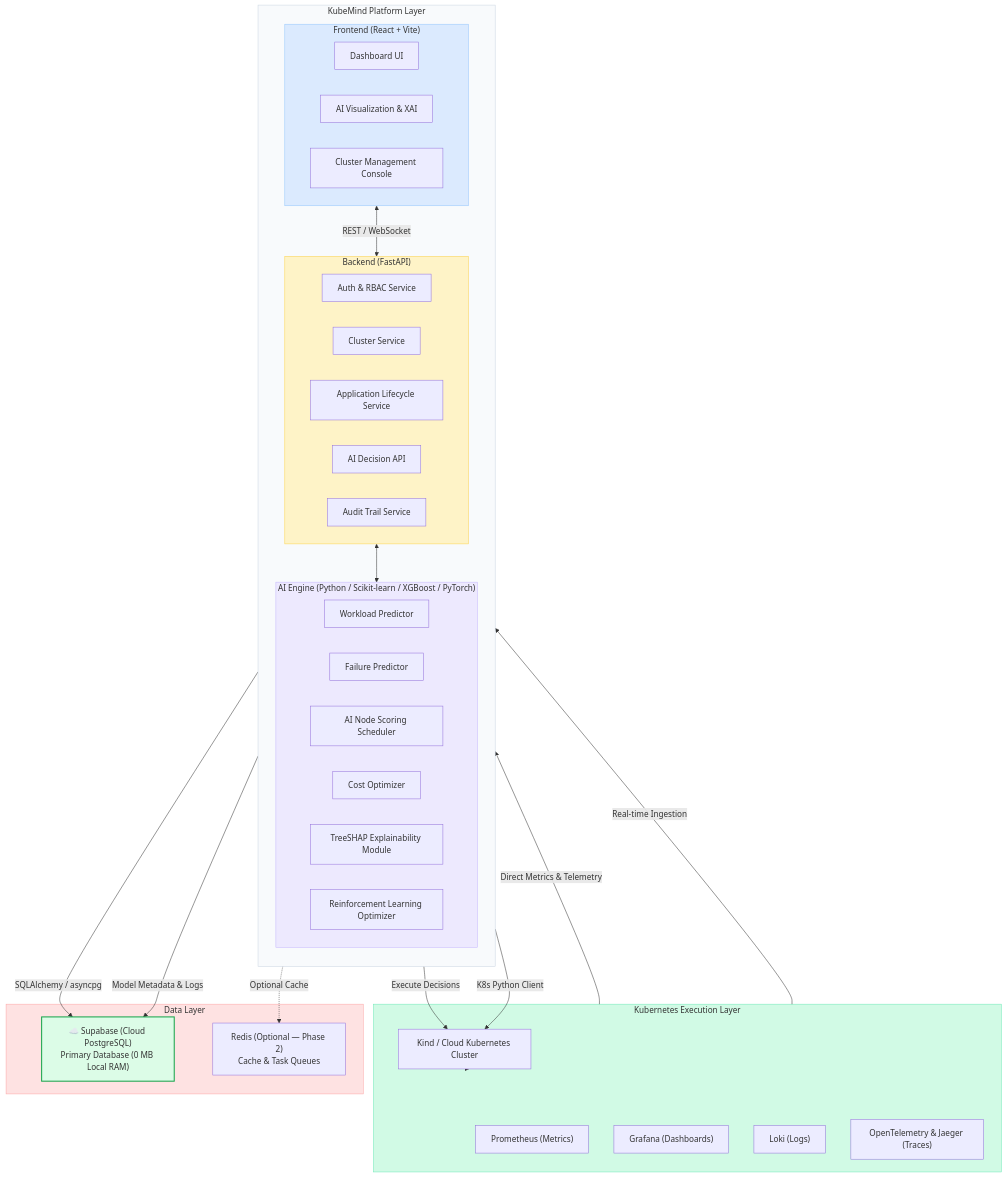
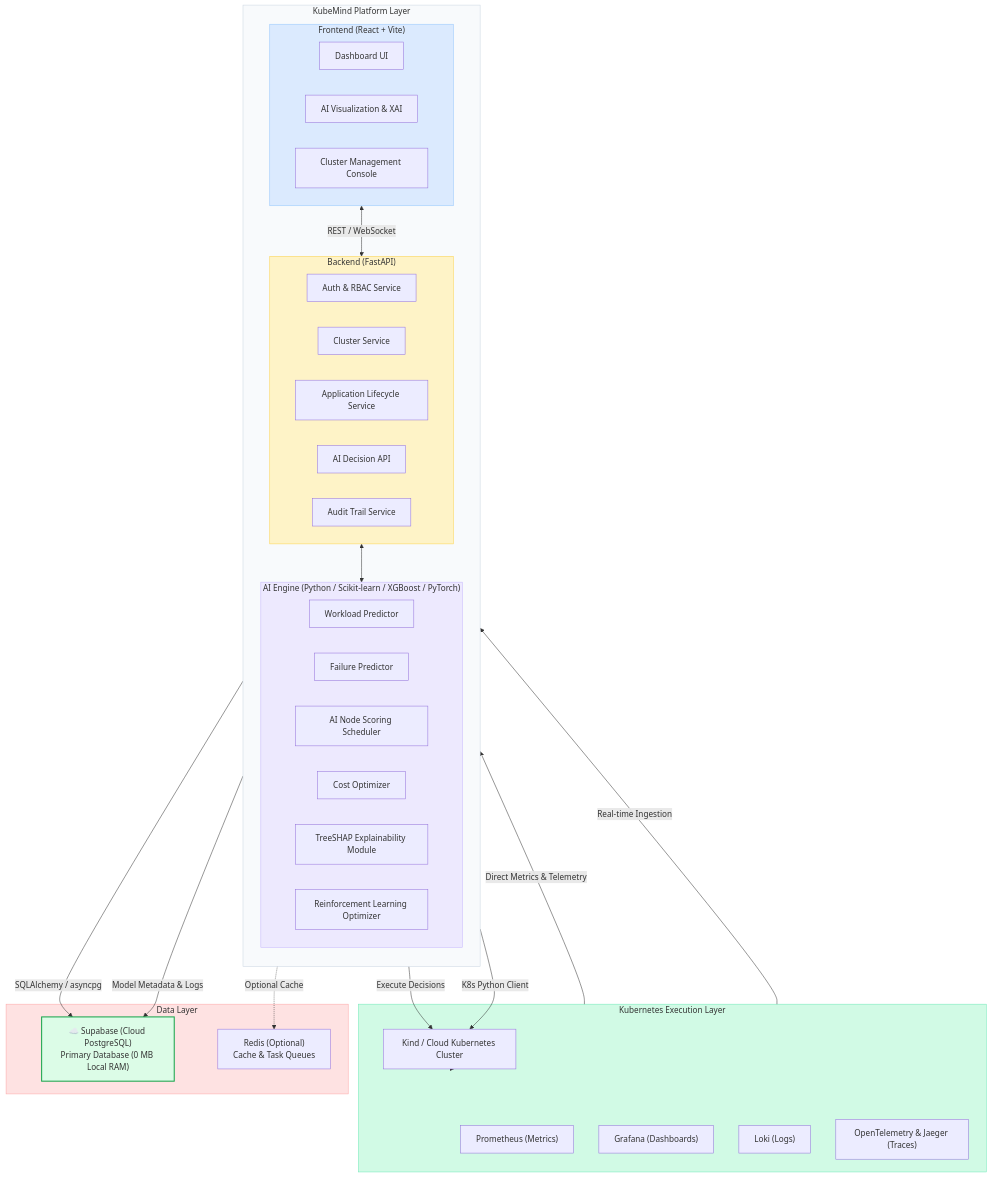
Before and after one commit to GemTAS/KubeMind: the third of 3 diagrams in docs/architecture/architecture-overview.md, drawn with Mermaid. The commit also changed other lines of this file, not shown here.

````diff
--- a/docs/architecture/architecture-overview.md
+++ b/docs/architecture/architecture-overview.md
@@ -151,60 +151,60 @@
 ```mermaid
 graph TB
     subgraph Platform["KubeMind Platform Layer"]
         direction TB
         subgraph FE["Frontend (React + Vite)"]
             UI["Dashboard UI"]
             VIZ["AI Visualization & XAI"]
             MGMT["Cluster Management Console"]
         end
 
         subgraph BE["Backend (FastAPI)"]
             AUTH["Auth & RBAC Service"]
             CLUSTER["Cluster Service"]
             APP["Application Lifecycle Service"]
             AI_API["AI Decision API"]
             AUDIT_SVC["Audit Trail Service"]
         end
 
         subgraph AI["AI Engine (Python / Scikit-learn / XGBoost / PyTorch)"]
             WP["Workload Predictor"]
             FP["Failure Predictor"]
             SCHED["AI Node Scoring Scheduler"]
             COST["Cost Optimizer"]
             XAI_MOD["TreeSHAP Explainability Module"]
             RL["Reinforcement Learning Optimizer"]
         end
     end
 
     subgraph INFRA["Kubernetes Execution Layer"]
         K8S_CORE["Kind / Cloud Kubernetes Cluster"]
         PROM["Prometheus (Metrics)"]
         GRAF["Grafana (Dashboards)"]
         LOKI_C["Loki (Logs)"]
         OTEL["OpenTelemetry & Jaeger (Traces)"]
     end
 
     subgraph DATA["Data Layer"]
         SUPABASE["☁️ Supabase (Cloud PostgreSQL)<br/>Primary Database (0 MB Local RAM)"]
-        REDIS_C["Redis (Optional — Phase 2)<br/>Cache & Task Queues"]
+        REDIS_C["Redis (Optional)<br/>Cache & Task Queues"]
     end
 
     FE <-->|REST / WebSocket| BE
     BE <--> AI
     BE -->|SQLAlchemy / asyncpg| SUPABASE
     BE -.->|Optional Cache| REDIS_C
     AI -->|Model Metadata & Logs| SUPABASE
     AI -->|Execute Decisions| K8S_CORE
     BE -->|K8s Python Client| K8S_CORE
     K8S_CORE --> INFRA
     INFRA -->|Direct Metrics & Telemetry| BE
     INFRA -->|Real-time Ingestion| AI
 
     style Platform fill:#f8fafc,stroke:#cbd5e1
     style FE fill:#dbeafe,stroke:#93c5fd
     style BE fill:#fef3c7,stroke:#fcd34d
     style AI fill:#ede9fe,stroke:#c4b5fd
     style INFRA fill:#d1fae5,stroke:#6ee7b7
     style DATA fill:#fee2e2,stroke:#fca5a5
     style SUPABASE fill:#dcfce7,stroke:#16a34a,stroke-width:2px
 ```
````
